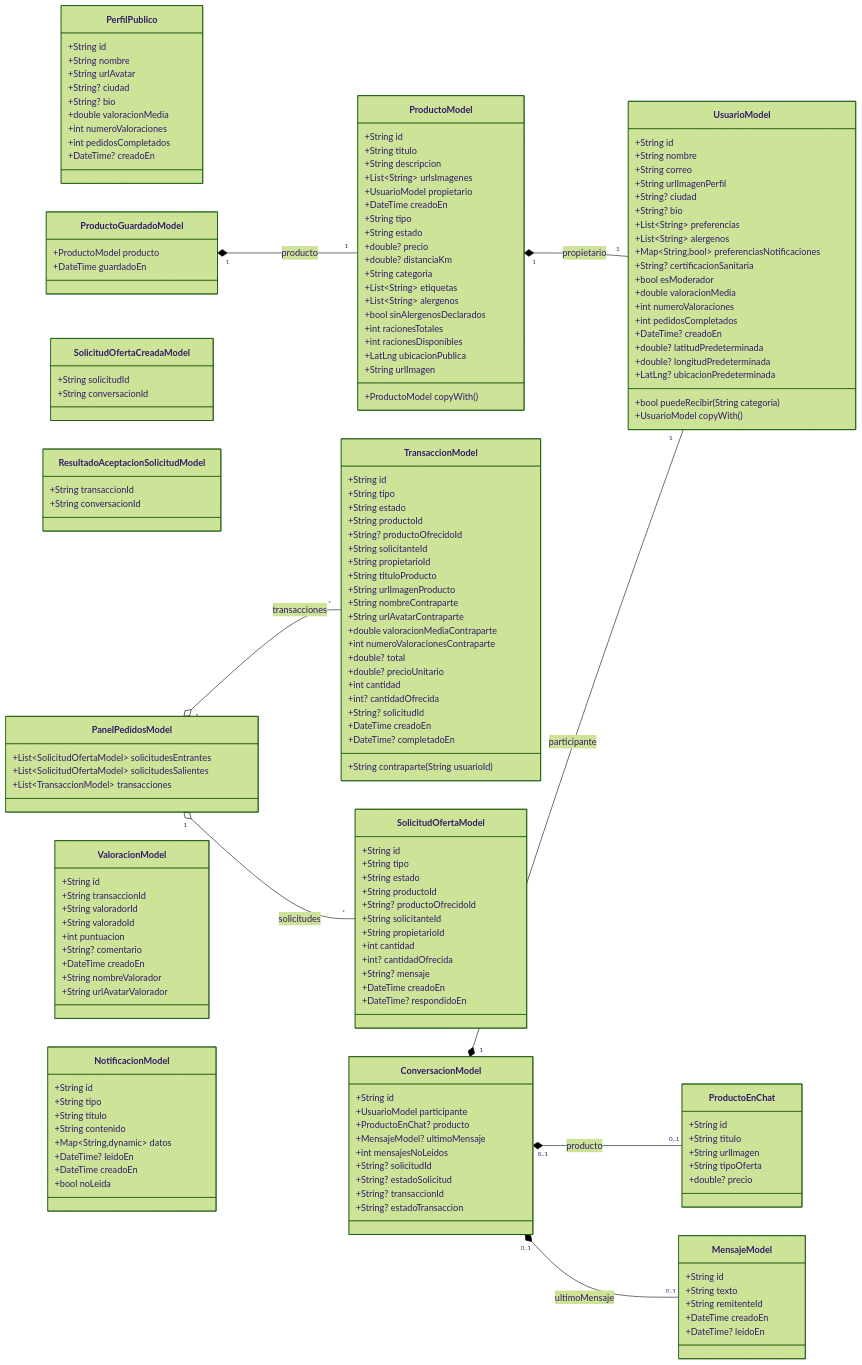
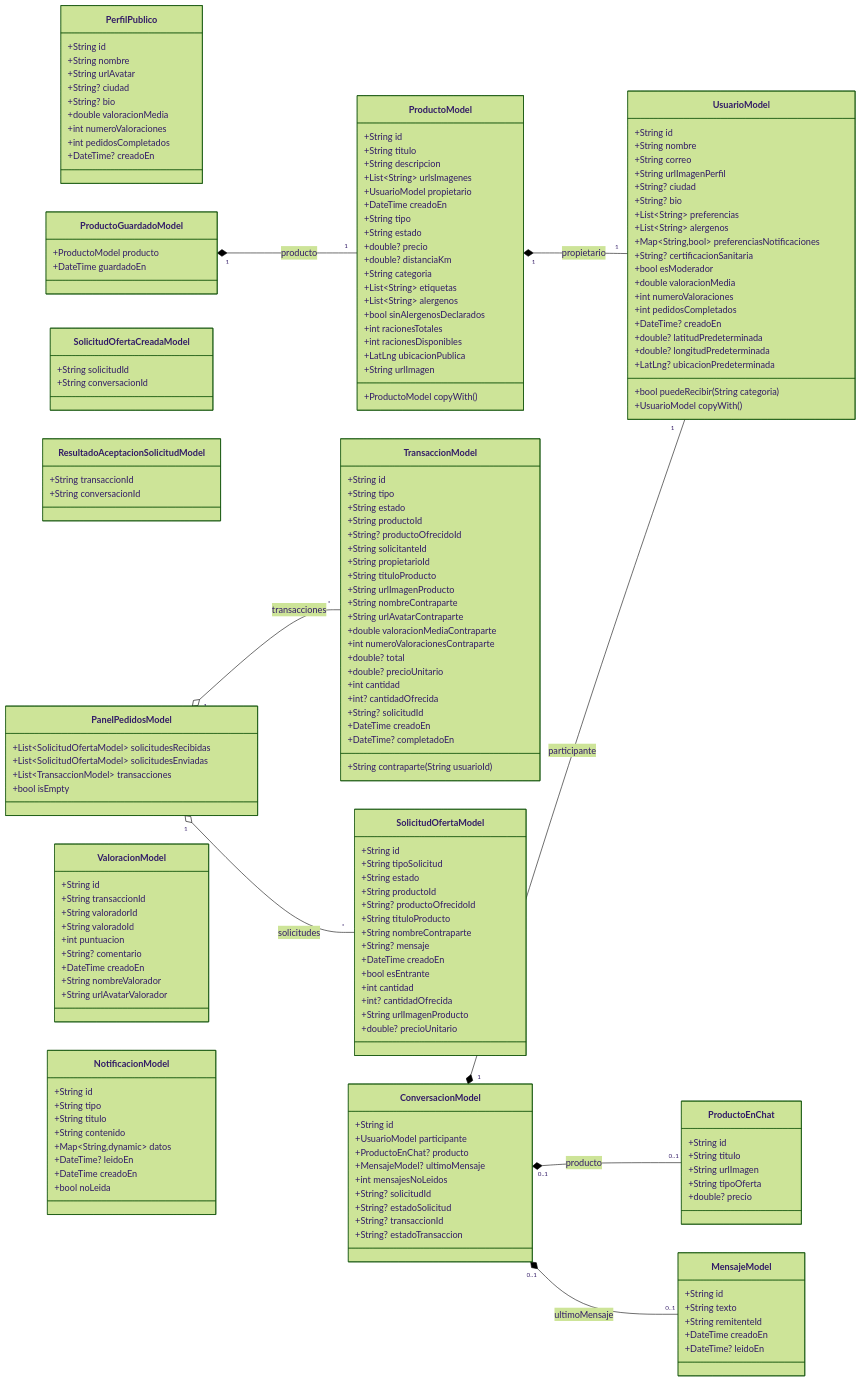
Before and after one commit to P-Intermodular/YumYum: the second of 3 diagrams in documentacion/documentacion_tecnica.md, drawn with Mermaid (forest theme). The commit also changed other lines of this file and 2 other files, not shown here.

First line of the commit message:
docs(tecnica): corregir privacidad de perfiles, flujo de notificaciones y desfase de diagramas

```diff
--- a/documentacion/documentacion_tecnica.md
+++ b/documentacion/documentacion_tecnica.md
@@ -939,23 +942,26 @@
 
     class SolicitudOfertaModel {
         +String id
-        +String tipo
+        +String tipoSolicitud
         +String estado
         +String productoId
         +String? productoOfrecidoId
-        +String solicitanteId
-        +String propietarioId
+        +String tituloProducto
+        +String nombreContraparte
+        +String? mensaje
+        +DateTime creadoEn
+        +bool esEntrante
         +int cantidad
         +int? cantidadOfrecida
-        +String? mensaje
-        +DateTime creadoEn
-        +DateTime? respondidoEn
+        +String urlImagenProducto
+        +double? precioUnitario
     }
 
     class PanelPedidosModel {
-        +List~SolicitudOfertaModel~ solicitudesEntrantes
-        +List~SolicitudOfertaModel~ solicitudesSalientes
+        +List~SolicitudOfertaModel~ solicitudesRecibidas
+        +List~SolicitudOfertaModel~ solicitudesEnviadas
         +List~TransaccionModel~ transacciones
+        +bool isEmpty
     }
 
     class ConversacionModel {
```
